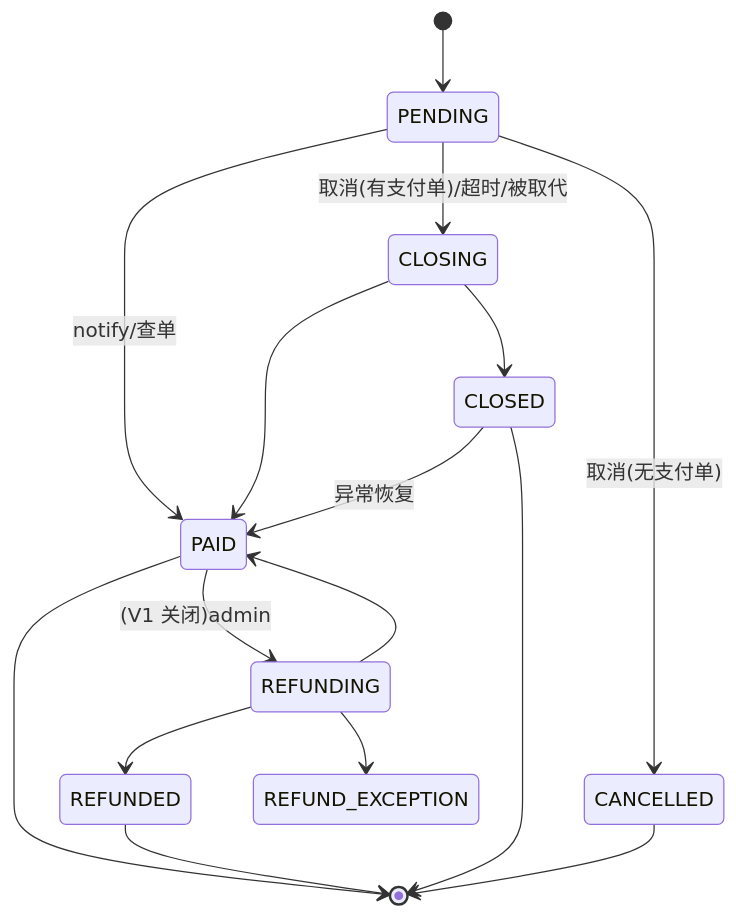
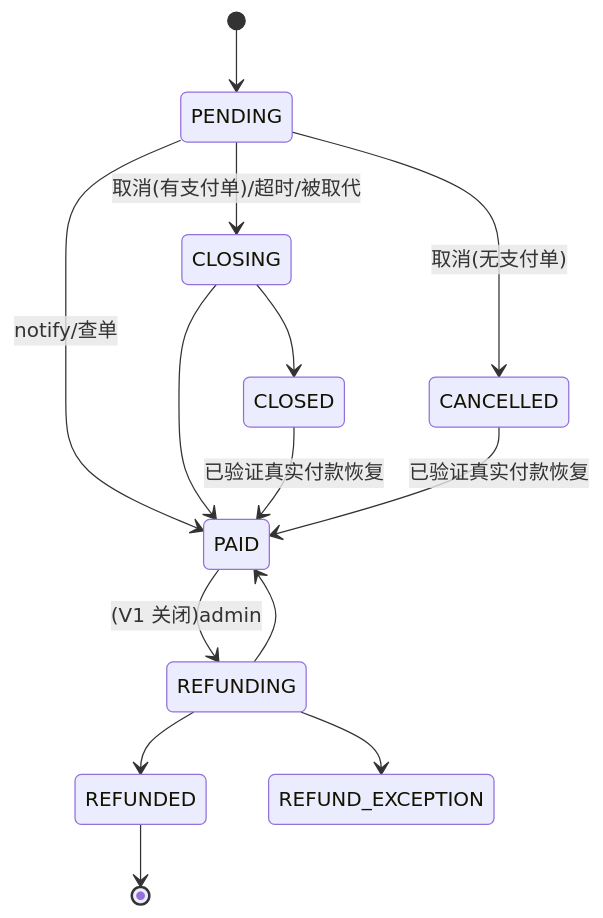
One commit to gtkit/orderd changed the second of 2 diagrams in DESIGN.md. Above: the diagram before and after it, drawn with Mermaid. The commit also changed other lines of this file and 93 other files, not shown here.

````diff
--- a/DESIGN.md
+++ b/DESIGN.md
@@ -237,18 +244,16 @@
 ```mermaid
 stateDiagram-v2
     [*] --> PENDING
     PENDING --> PAID: notify/查单
     PENDING --> CANCELLED: 取消(无支付单)
     PENDING --> CLOSING: 取消(有支付单)/超时/被取代
     CLOSING --> CLOSED
     CLOSING --> PAID
-    CLOSED --> PAID: 异常恢复
+    CLOSED --> PAID: 已验证真实付款恢复
+    CANCELLED --> PAID: 已验证真实付款恢复
     PAID --> REFUNDING: (V1 关闭)admin
     REFUNDING --> REFUNDED
     REFUNDING --> PAID
     REFUNDING --> REFUND_EXCEPTION
-    PAID --> [*]
     REFUNDED --> [*]
-    CLOSED --> [*]
-    CANCELLED --> [*]
 ```
````
